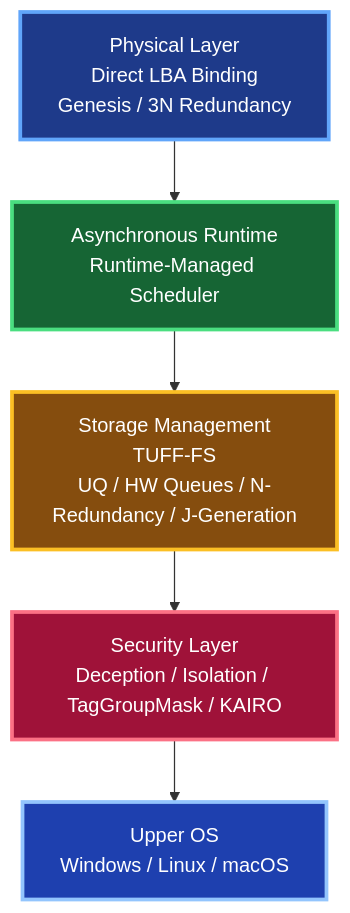
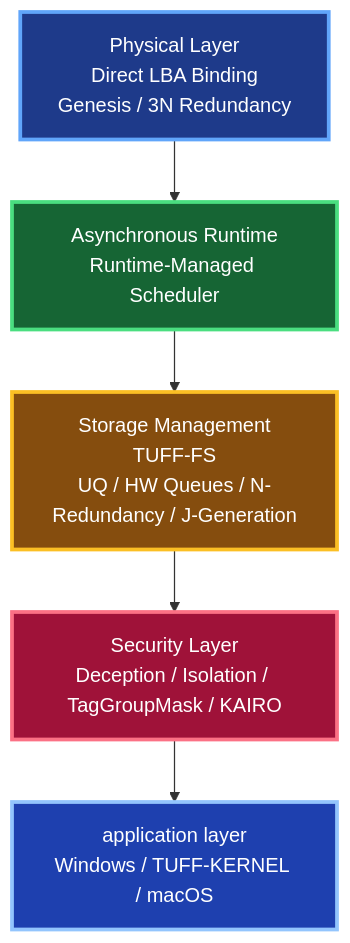
The first of 5 diagrams in MANUALS/TUFF-OS_Detailed_Technical_Manual.md (elementary-particles-Man/TUFF-OS-ISO), drawn with Mermaid before and after one commit. The commit also changed other lines of this file and 41 other files, not shown here.

Commit message:
DOCS: Comprehensive overhaul of manuals to reflect Pure Rust Bare-metal Sovereign Core and ZRAM architecture.

````diff
--- a/MANUALS/TUFF-OS_Detailed_Technical_Manual.md
+++ b/MANUALS/TUFF-OS_Detailed_Technical_Manual.md
@@ -11,20 +11,20 @@
 ```mermaid
 flowchart TD
     A[Physical Layer\nDirect LBA Binding\nGenesis / 3N Redundancy] 
     --> B[Asynchronous Runtime\nRuntime-Managed Scheduler]
     B --> C[Storage Management\nTUFF-FS\nUQ / HW Queues / N-Redundancy / J-Generation]
     C --> D[Security Layer\nDeception / Isolation / TagGroupMask / KAIRO]
-    D --> E[Upper OS\nWindows / Linux / macOS]
+    D --> E[application layer\nWindows / TUFF-KERNEL / macOS]
 
     classDef phys fill:#1e3a8a,color:#fff,stroke:#60a5fa,stroke-width:3px
     classDef runtime fill:#166534,color:#fff,stroke:#4ade80,stroke-width:3px
     classDef fs fill:#854d0e,color:#fff,stroke:#fbbf24,stroke-width:3px
     classDef sec fill:#9f1239,color:#fff,stroke:#fb7185,stroke-width:3px
     classDef upper fill:#1e40af,color:#fff,stroke:#93c5fd,stroke-width:3px
 
     class A phys
     class B runtime
     class C fs
     class D sec
     class E upper
 ```
````
